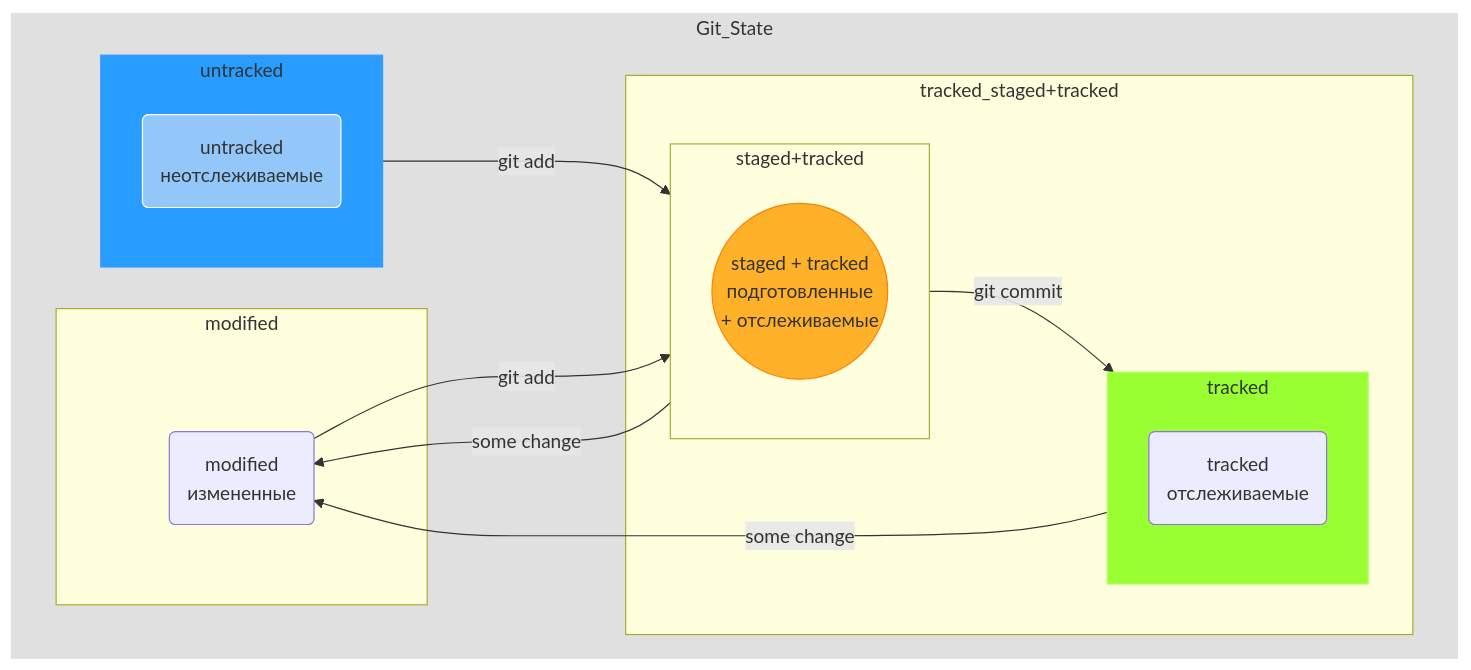
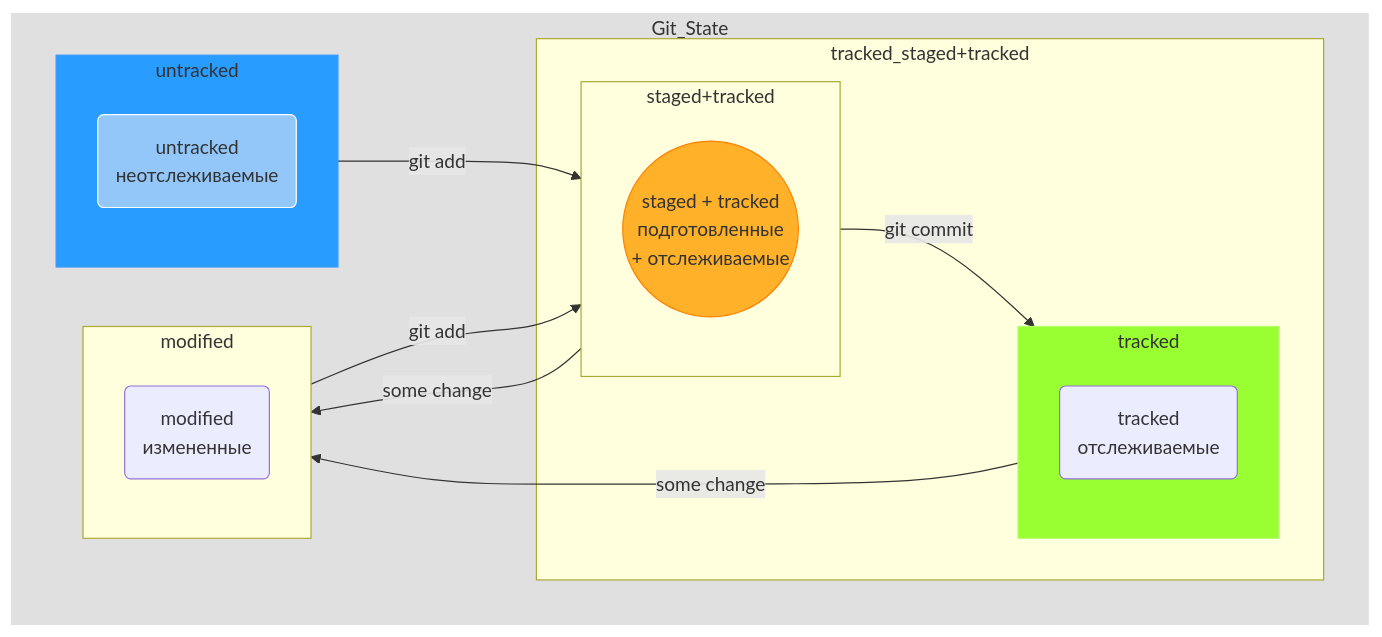
One commit to AleksandrVakarin/GitInstructionMermaid changed the diagram in README.md. Above: the diagram before and after it, drawn with Mermaid.

Commit message:
Изменить границу, изменить цвет границ для диаграммы

````diff
--- a/README.md
+++ b/README.md
@@ -93,45 +93,45 @@
 ```mermaid
 flowchart TD;
 	
 	stgd((staged + tracked<br>подготовленные<br> + отслеживаемые))
 	mdf(modified<br>измененные)
 	untr(untracked<br>неотслеживаемые)
 	trcd(tracked<br>отслеживаемые)
 
 
 	subgraph Git_State
 
 		subgraph untracked
 			untr
 		end
 
 		subgraph tracked_staged+tracked
 
 			subgraph tracked
 				trcd
 			end
 
 			subgraph staged+tracked
 				stgd
 			end
 
 		end
 
 		untracked-- git add -->staged+tracked
-		mdf-- git add -->staged+tracked
-		staged+tracked-- some change -->mdf
+		modified-- git add -->staged+tracked
+		staged+tracked-- some change -->modified
 		staged+tracked-- git commit -->tracked
-		tracked-- some change -->mdf
+		tracked-- some change -->modified
 
 		subgraph modified
 			mdf
 		end
 
 	end
 
-	style Git_State fill: #E0E0E0, stroke: #E0E0E0, stroke-radius: 10px
+	style Git_State fill: #E0E0E0, stroke: #E0E0E0
 	style stgd fill: #FFB129, stroke: #FF8000
 	style untr fill: #93C7FA, stroke: #FFFFFF
 	style untracked fill: #299CFF, stroke: #3399FF
 	style tracked fill: #99FF33, stroke: #B2FF66
 ```
````
